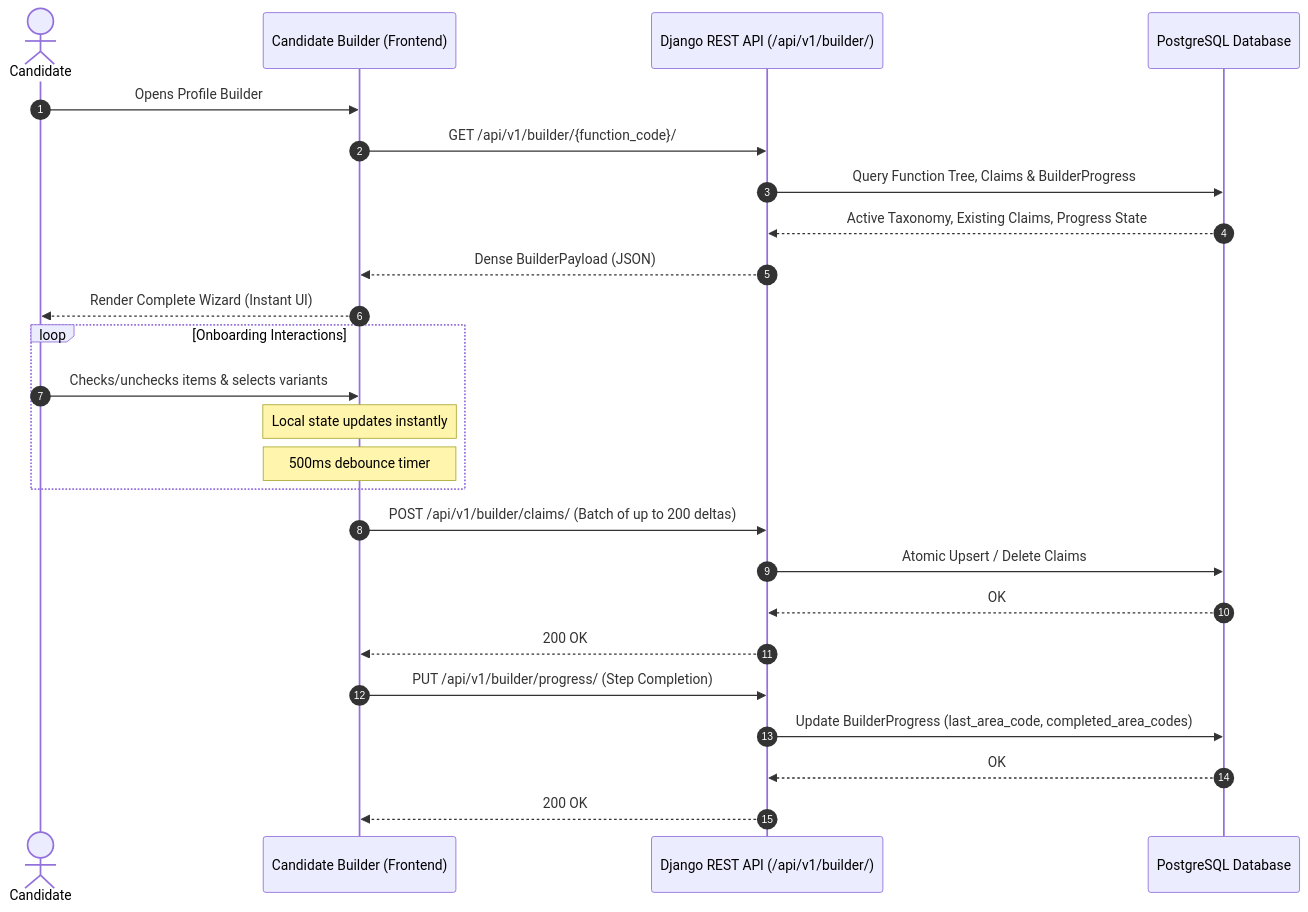
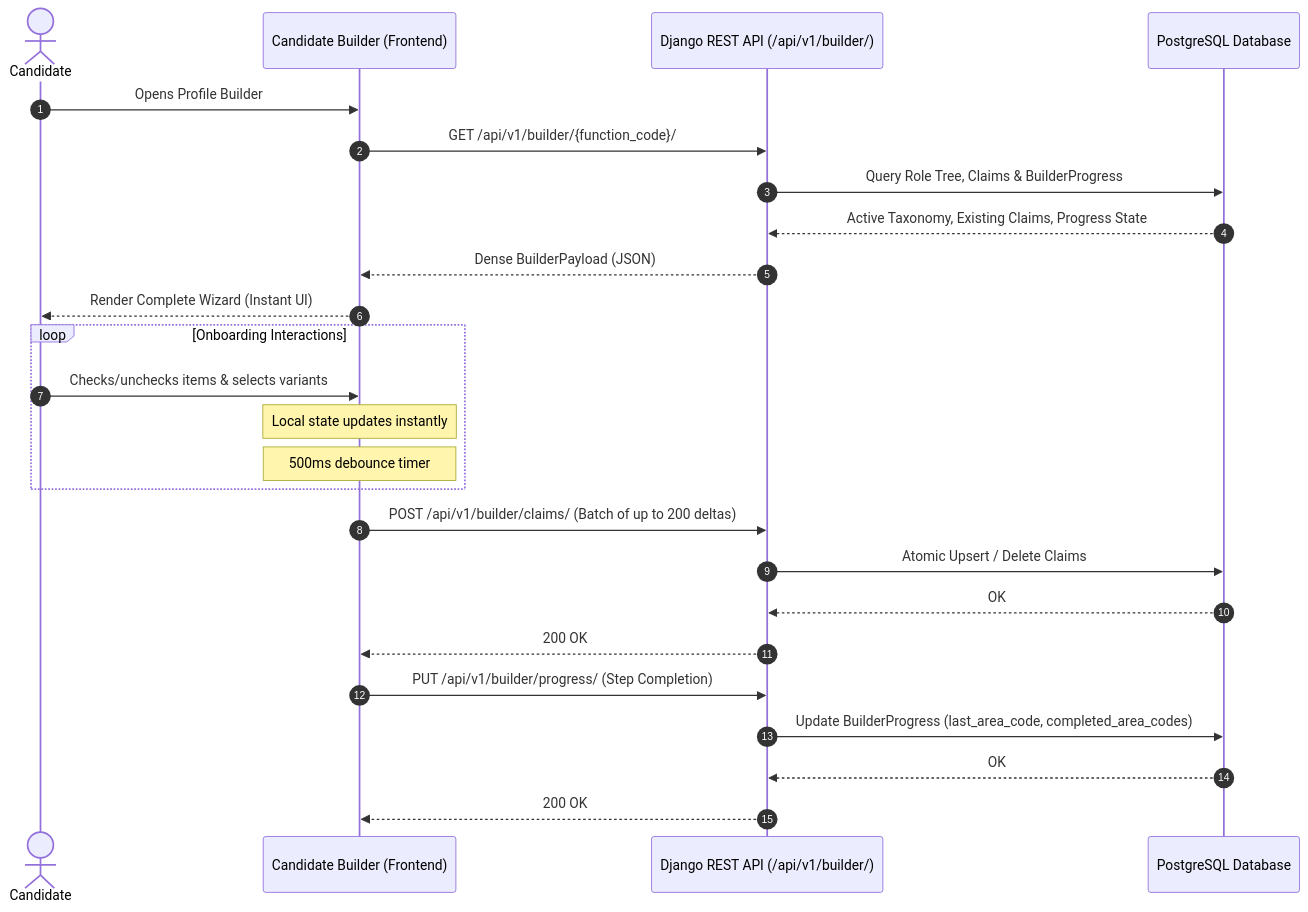
One commit to lucky-singh/hiredright changed the third of 5 diagrams in docs/architecture.md. Above: the diagram before and after it, drawn with Mermaid. The commit also changed other lines of this file and 34 other files, not shown here.

Commit message:
Refactor 'Function' to 'Role' globally across frontend, backend, and documentation

````diff
--- a/docs/architecture.md
+++ b/docs/architecture.md
@@ -126,31 +126,31 @@
 ```mermaid
 sequenceDiagram
     autonumber
     actor Candidate
     participant UI as Candidate Builder (Frontend)
     participant API as Django REST API (/api/v1/builder/)
     participant DB as PostgreSQL Database
 
     Candidate->>UI: Opens Profile Builder
     UI->>API: GET /api/v1/builder/{function_code}/
-    API->>DB: Query Function Tree, Claims & BuilderProgress
+    API->>DB: Query Role Tree, Claims & BuilderProgress
     DB-->>API: Active Taxonomy, Existing Claims, Progress State
     API-->>UI: Dense BuilderPayload (JSON)
     UI-->>Candidate: Render Complete Wizard (Instant UI)
 
     loop Onboarding Interactions
         Candidate->>UI: Checks/unchecks items & selects variants
         Note over UI: Local state updates instantly
         Note over UI: 500ms debounce timer
     end
 
     UI->>API: POST /api/v1/builder/claims/ (Batch of up to 200 deltas)
     API->>DB: Atomic Upsert / Delete Claims
     DB-->>API: OK
     API-->>UI: 200 OK
 
     UI->>API: PUT /api/v1/builder/progress/ (Step Completion)
     API->>DB: Update BuilderProgress (last_area_code, completed_area_codes)
     DB-->>API: OK
     API-->>UI: 200 OK
 ```
````
